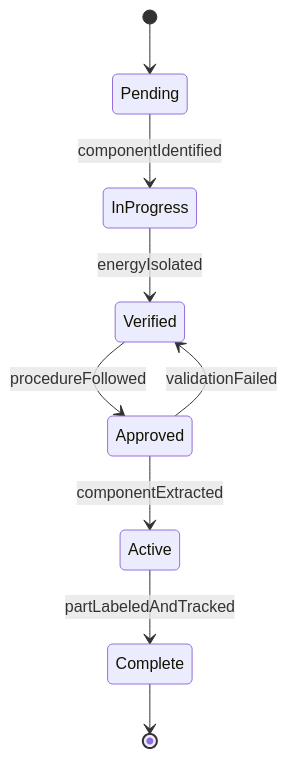
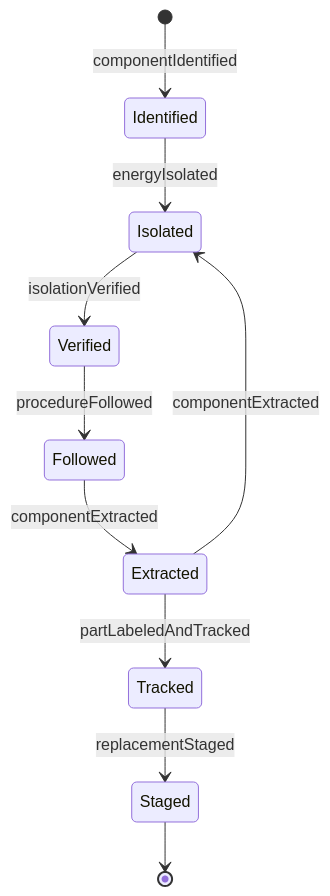
One commit to dot-org-ai/tasks.org.ai changed the second of 4 diagrams in HandlingAndMovingObjects/DisassembleEquipment/RemovePartsComponentsEquipment.mdx. Above: the diagram before and after it, drawn with Mermaid. The commit also changed other lines of this file and 515 other files, not shown here.

````diff
--- a/HandlingAndMovingObjects/DisassembleEquipment/RemovePartsComponentsEquipment.mdx
+++ b/HandlingAndMovingObjects/DisassembleEquipment/RemovePartsComponentsEquipment.mdx
@@ -100,11 +101,12 @@
 ```mermaid
 stateDiagram-v2
-    [*] --> Pending
-    Pending --> InProgress : componentIdentified
-    InProgress --> Verified : energyIsolated
-    Verified --> Approved : procedureFollowed
-    Approved --> Active : componentExtracted
-    Active --> Complete : partLabeledAndTracked
-    Approved --> Verified : validationFailed
-    Complete --> [*]
+    [*] --> Identified : componentIdentified
+    Identified --> Isolated : energyIsolated
+    Isolated --> Verified : isolationVerified
+    Verified --> Followed : procedureFollowed
+    Followed --> Extracted : componentExtracted
+    Extracted --> Tracked : partLabeledAndTracked
+    Tracked --> Staged : replacementStaged
+    Extracted --> Isolated : componentExtracted
+    Staged --> [*]
 ```
````
